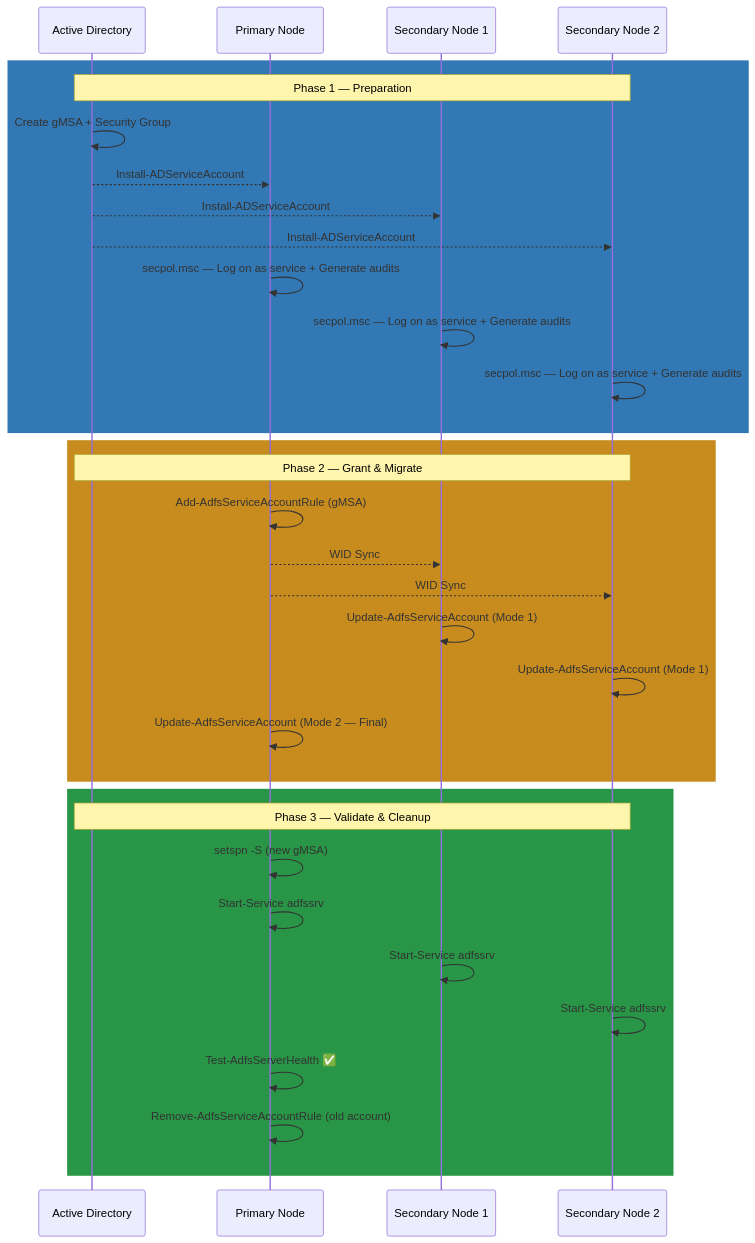
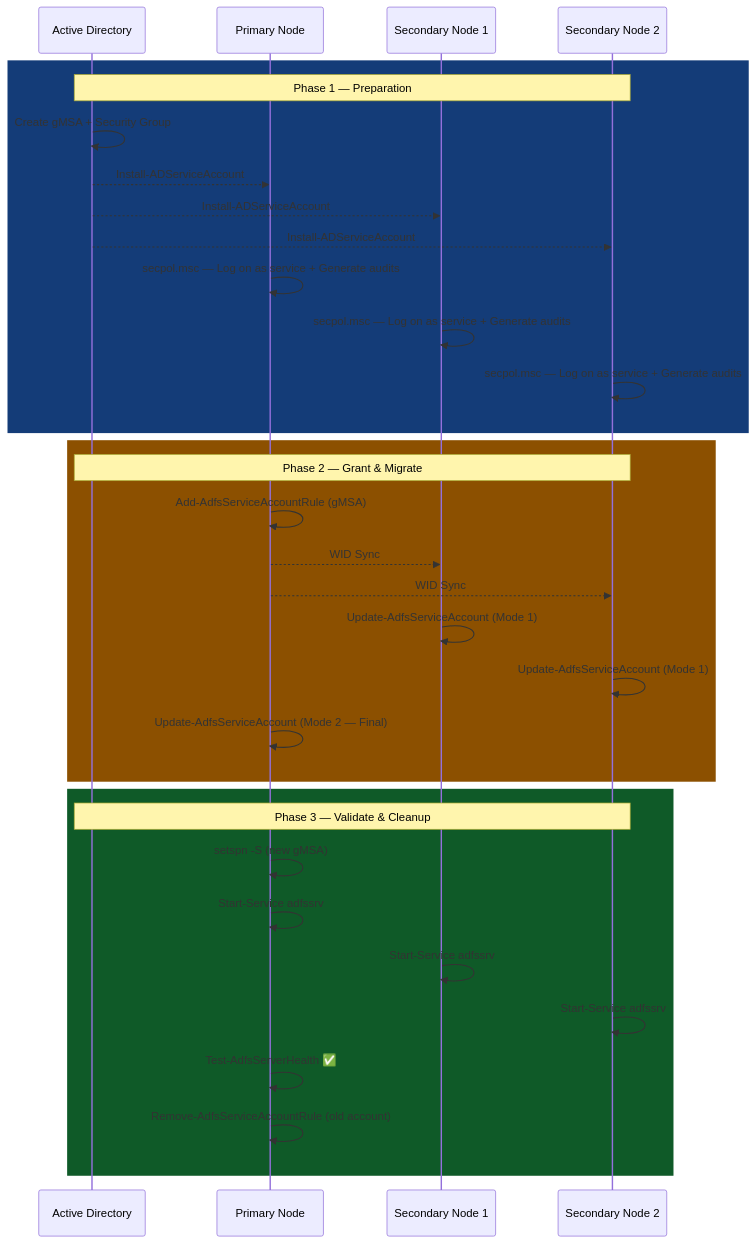
The second of 3 diagrams in ADFS/Common/ADFS Migrate Service Account to gMSA.md (0xMati/Tech-Blog), drawn with Mermaid before and after one commit. The commit also changed other lines of this file, not shown here.

````diff
--- a/ADFS/Common/ADFS Migrate Service Account to gMSA.md
+++ b/ADFS/Common/ADFS Migrate Service Account to gMSA.md
@@ -224,38 +224,38 @@
 ```mermaid
 sequenceDiagram
     participant AD as Active Directory
     participant P as Primary Node
     participant S1 as Secondary Node 1
     participant S2 as Secondary Node 2
 
-    rect rgb(50, 120, 180)
+    rect rgb(20, 60, 120)
     Note over AD,S2: Phase 1 — Preparation
     AD->>AD: Create gMSA + Security Group
     AD-->>P: Install-ADServiceAccount
     AD-->>S1: Install-ADServiceAccount
     AD-->>S2: Install-ADServiceAccount
     P->>P: secpol.msc — Log on as service + Generate audits
     S1->>S1: secpol.msc — Log on as service + Generate audits
     S2->>S2: secpol.msc — Log on as service + Generate audits
     end
 
-    rect rgb(200, 140, 30)
+    rect rgb(140, 80, 0)
     Note over AD,S2: Phase 2 — Grant & Migrate
     P->>P: Add-AdfsServiceAccountRule (gMSA)
     P-->>S1: WID Sync
     P-->>S2: WID Sync
     S1->>S1: Update-AdfsServiceAccount (Mode 1)
     S2->>S2: Update-AdfsServiceAccount (Mode 1)
     P->>P: Update-AdfsServiceAccount (Mode 2 — Final)
     end
 
-    rect rgb(40, 150, 70)
+    rect rgb(15, 90, 40)
     Note over AD,S2: Phase 3 — Validate & Cleanup
     P->>P: setspn -S (new gMSA)
     P->>P: Start-Service adfssrv
     S1->>S1: Start-Service adfssrv
     S2->>S2: Start-Service adfssrv
     P->>P: Test-AdfsServerHealth ✅
     P->>P: Remove-AdfsServiceAccountRule (old account)
     end
 ```
````
